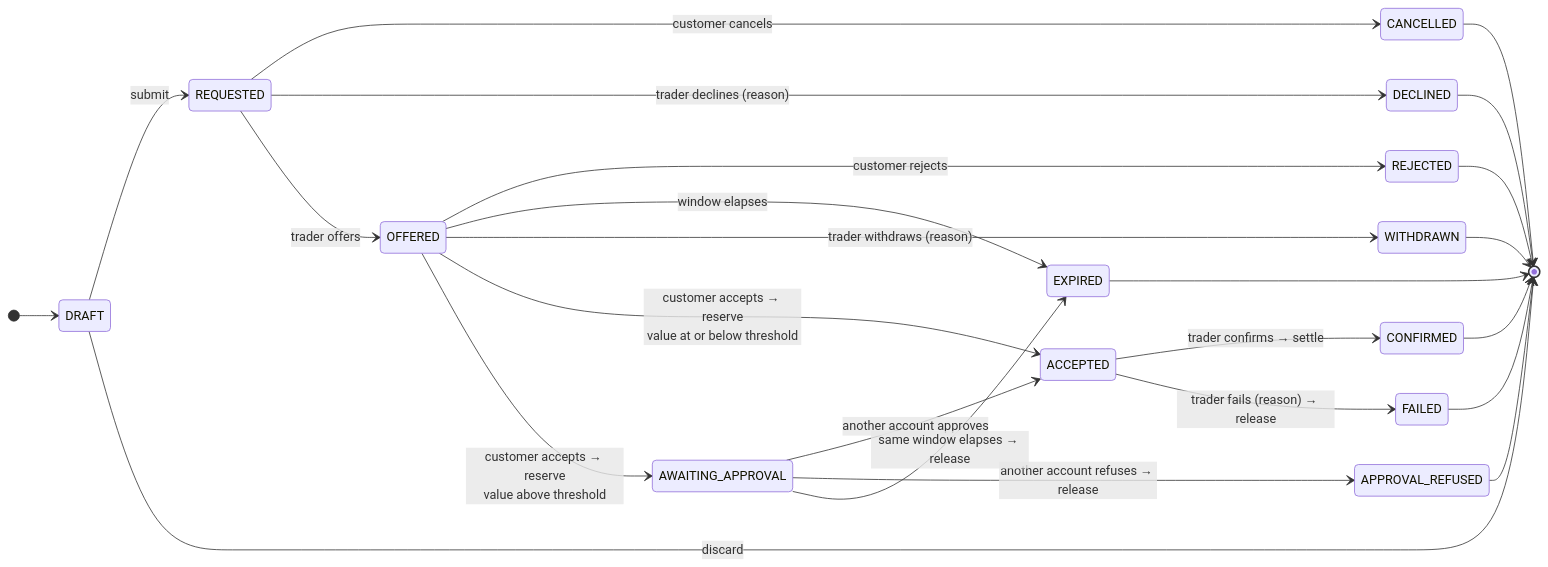
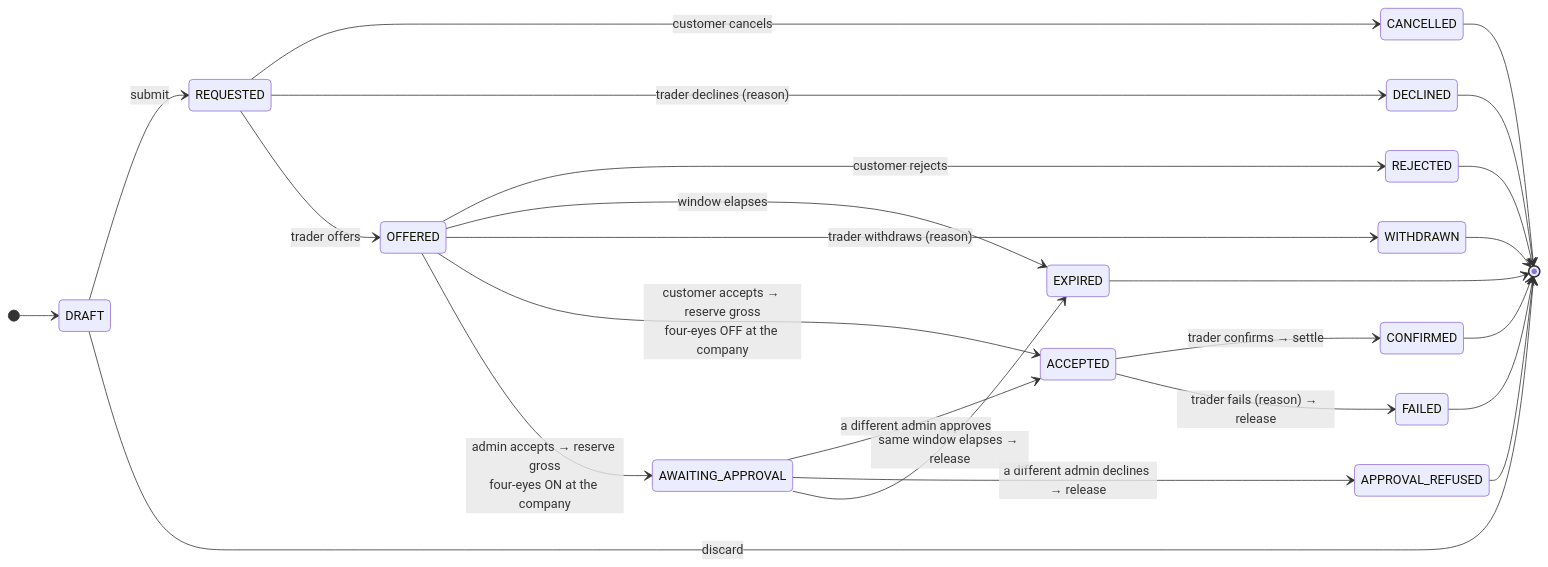
The second of 6 diagrams in specs/40-processes/01-trade-lifecycle.md (lukastosic-ifd/peakpowerspecs), drawn with Mermaid before and after one commit. The commit also changed other lines of this file and 66 other files, not shown here.

````diff
--- a/specs/40-processes/01-trade-lifecycle.md
+++ b/specs/40-processes/01-trade-lifecycle.md
@@ -81,33 +109,33 @@
 ```mermaid
 stateDiagram-v2
     direction LR
     [*] --> DRAFT
     DRAFT --> REQUESTED: submit
     DRAFT --> [*]: discard
 
     REQUESTED --> CANCELLED: customer cancels
     REQUESTED --> DECLINED: trader declines (reason)
     REQUESTED --> OFFERED: trader offers
 
     OFFERED --> REJECTED: customer rejects
     OFFERED --> EXPIRED: window elapses
     OFFERED --> WITHDRAWN: trader withdraws (reason)
-    OFFERED --> ACCEPTED: customer accepts → reserve<br/>value at or below threshold
-    OFFERED --> AWAITING_APPROVAL: customer accepts → reserve<br/>value above threshold
+    OFFERED --> ACCEPTED: customer accepts → reserve gross<br/>four-eyes OFF at the company
+    OFFERED --> AWAITING_APPROVAL: admin accepts → reserve gross<br/>four-eyes ON at the company
 
-    AWAITING_APPROVAL --> ACCEPTED: another account approves
-    AWAITING_APPROVAL --> APPROVAL_REFUSED: another account refuses → release
+    AWAITING_APPROVAL --> ACCEPTED: a different admin approves
+    AWAITING_APPROVAL --> APPROVAL_REFUSED: a different admin declines → release
     AWAITING_APPROVAL --> EXPIRED: same window elapses → release
 
     ACCEPTED --> CONFIRMED: trader confirms → settle
     ACCEPTED --> FAILED: trader fails (reason) → release
 
     CONFIRMED --> [*]
     CANCELLED --> [*]
     DECLINED --> [*]
     REJECTED --> [*]
     EXPIRED --> [*]
     WITHDRAWN --> [*]
     FAILED --> [*]
     APPROVAL_REFUSED --> [*]
 ```
````
